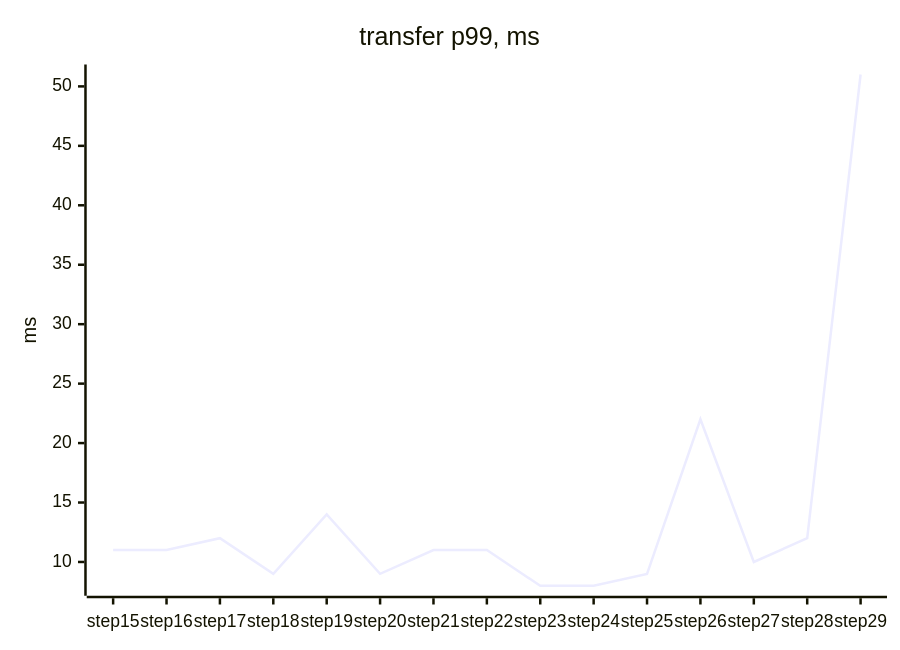
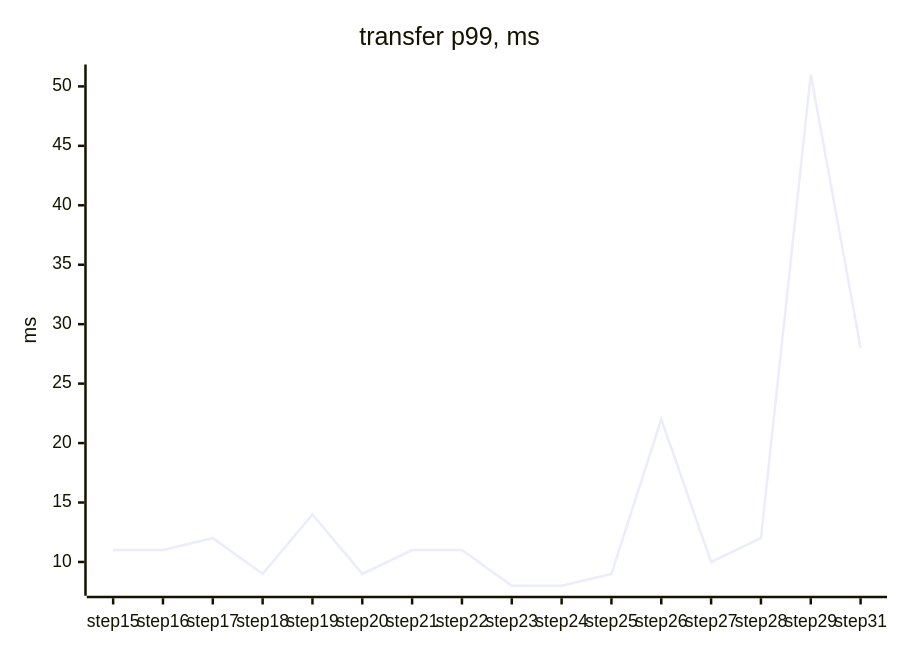
The first of 4 diagrams in docs/perf/README.md (tanvoid0/ledgerflow), drawn with Mermaid before and after one commit. The commit also changed other lines of this file and 6 other files, not shown here.

````diff
--- a/docs/perf/README.md
+++ b/docs/perf/README.md
@@ -32,7 +33,7 @@
 ```mermaid
 xychart-beta
     title "transfer p99, ms"
-    x-axis ["step15", "step16", "step17", "step18", "step19", "step20", "step21", "step22", "step23", "step24", "step25", "step26", "step27", "step28", "step29"]
+    x-axis ["step15", "step16", "step17", "step18", "step19", "step20", "step21", "step22", "step23", "step24", "step25", "step26", "step27", "step28", "step29", "step31"]
     y-axis "ms"
-    line [11, 11, 12, 9, 14, 9, 11, 11, 8, 8, 9, 22, 10, 12, 51]
+    line [11, 11, 12, 9, 14, 9, 11, 11, 8, 8, 9, 22, 10, 12, 51, 28]
 ```
````
